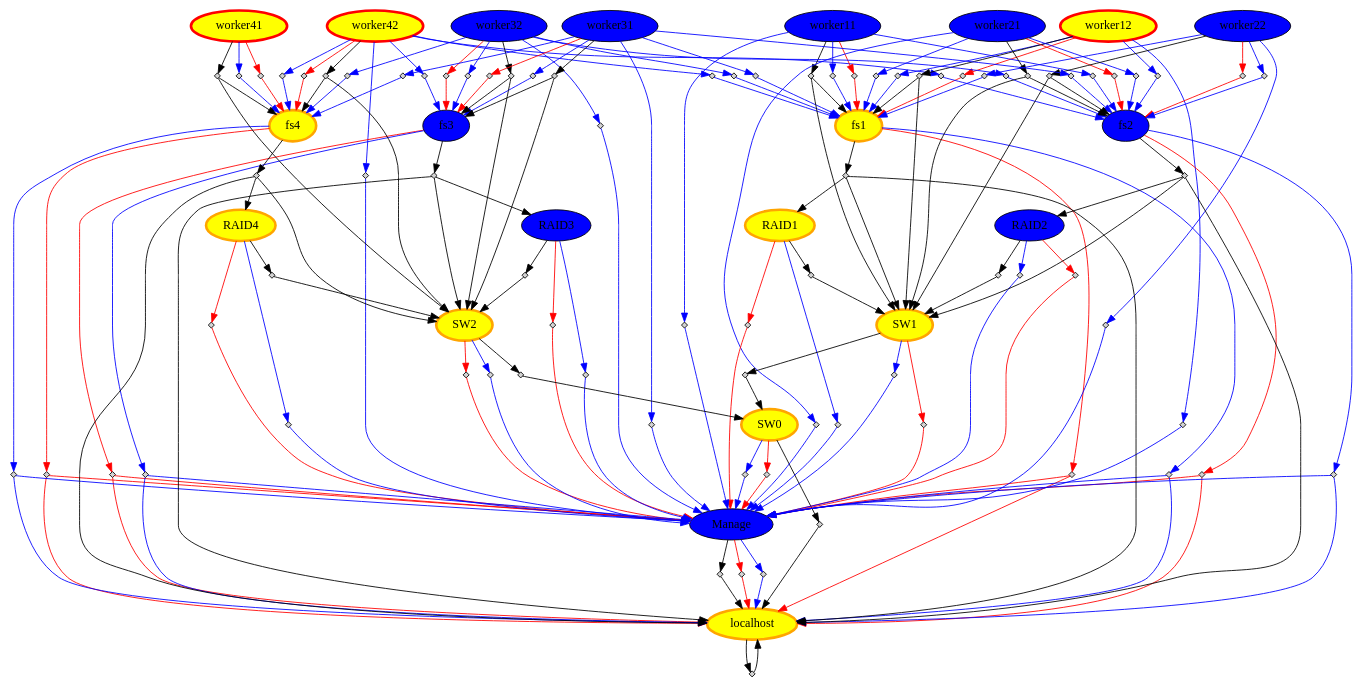
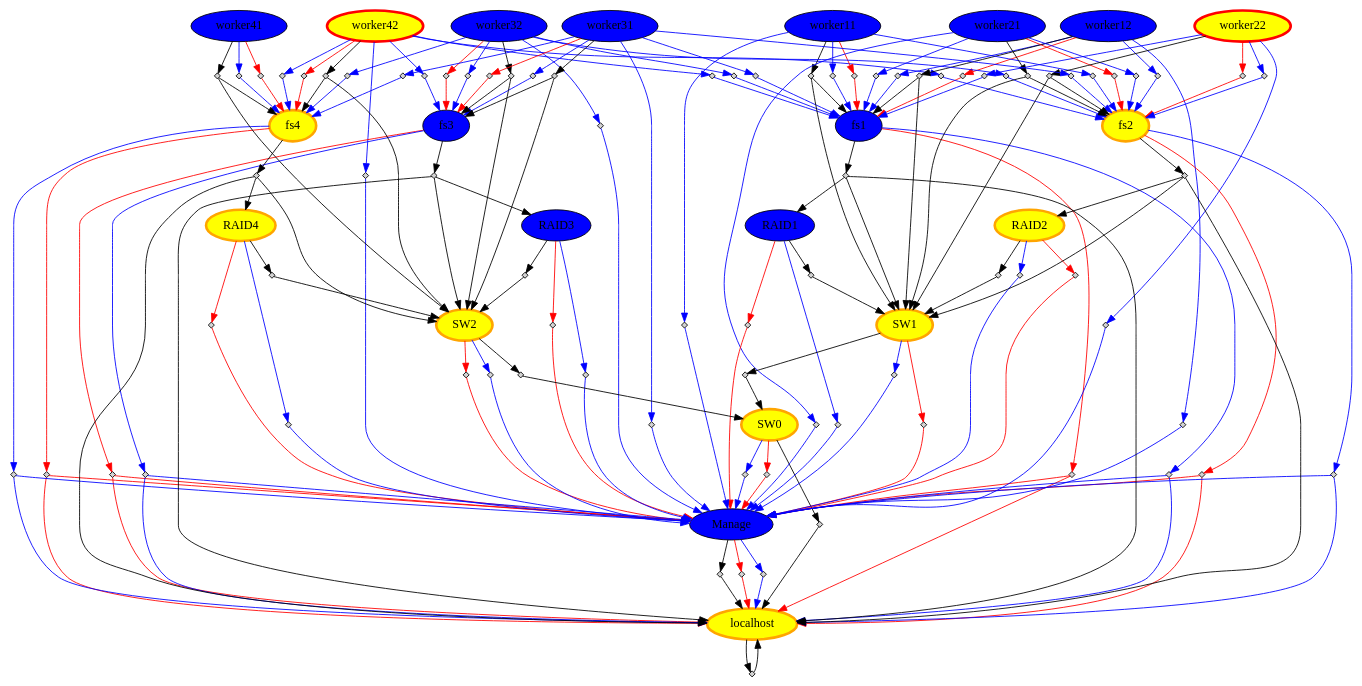
One commit to amgaa/ClusterNap changed the diagram in server/CN.dot. Above: the diagram before and after it, drawn with Graphviz. The commit also changed 38 other files, not shown here.

```diff
--- a/server/CN.dot
+++ b/server/CN.dot
@@ -1,19 +1,19 @@
 digraph CN { 
 "worker42" [style="filled"	 color=red, penwidth=3, fillcolor= yellow] ;
-"worker41" [style="filled"	 color=red, penwidth=3, fillcolor= yellow] ;
-"worker12" [style="filled"	 color=red, penwidth=3, fillcolor= yellow] ;
+"worker41" [style="filled"	 color=black, fillcolor= blue] ;
+"worker12" [style="filled"	 color=black, fillcolor= blue] ;
 "worker11" [style="filled"	 color=black, fillcolor= blue] ;
 "SW0" [style="filled"	 color=orange, penwidth=3, fillcolor= yellow] ;
-"fs1" [style="filled"	 color=orange, penwidth=3, fillcolor= yellow] ;
+"fs1" [style="filled"	 color=black, fillcolor= blue] ;
 "Manage" [style="filled"	 color=black, fillcolor= blue] ;
 "worker21" [style="filled"	 color=black, fillcolor= blue] ;
 "RAID4" [style="filled"	 color=orange, penwidth=3, fillcolor= yellow] ;
-"fs2" [style="filled"	 color=black, fillcolor= blue] ;
+"fs2" [style="filled"	 color=orange, penwidth=3, fillcolor= yellow] ;
 "fs3" [style="filled"	 color=black, fillcolor= blue] ;
-"RAID1" [style="filled"	 color=orange, penwidth=3, fillcolor= yellow] ;
-"worker22" [style="filled"	 color=black, fillcolor= blue] ;
+"RAID1" [style="filled"	 color=black, fillcolor= blue] ;
+"worker22" [style="filled"	 color=red, penwidth=3, fillcolor= yellow] ;
 "RAID3" [style="filled"	 color=black, fillcolor= blue] ;
-"RAID2" [style="filled"	 color=black, fillcolor= blue] ;
+"RAID2" [style="filled"	 color=orange, penwidth=3, fillcolor= yellow] ;
 "SW1" [style="filled"	 color=orange, penwidth=3, fillcolor= yellow] ;
 "fs4" [style="filled"	 color=orange, penwidth=3, fillcolor= yellow] ;
 "SW2" [style="filled"	 color=orange, penwidth=3, fillcolor= yellow] ;
```
